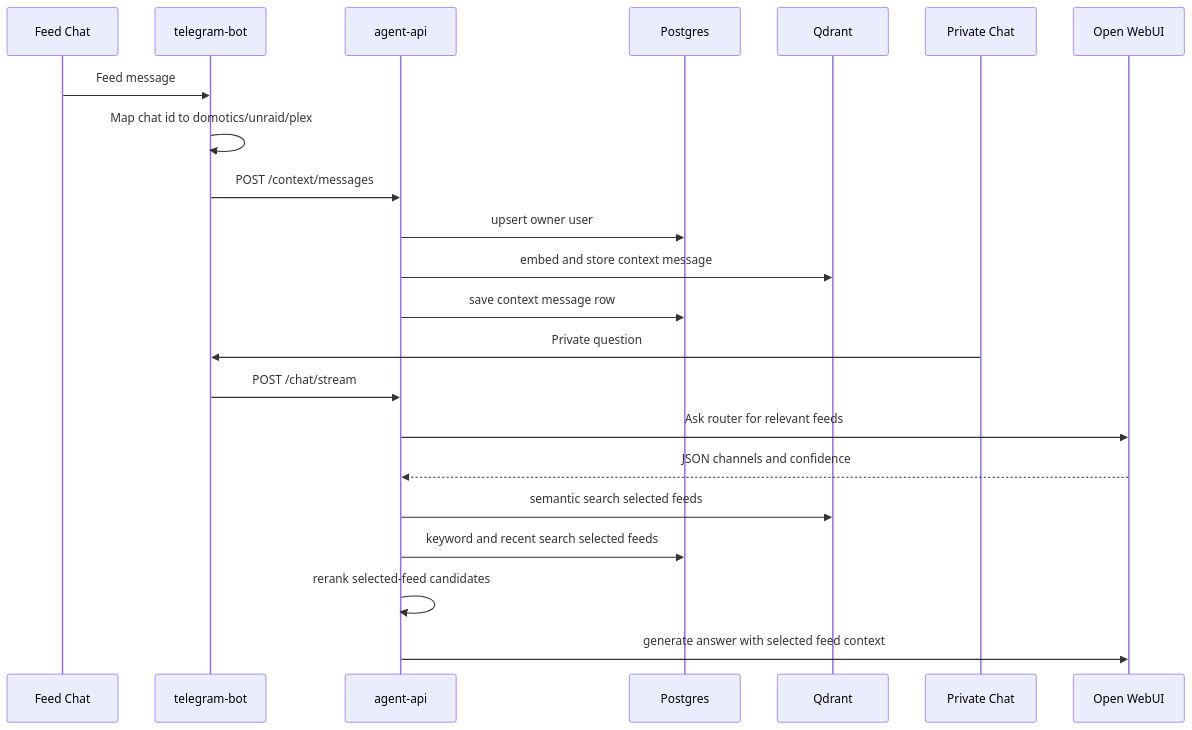
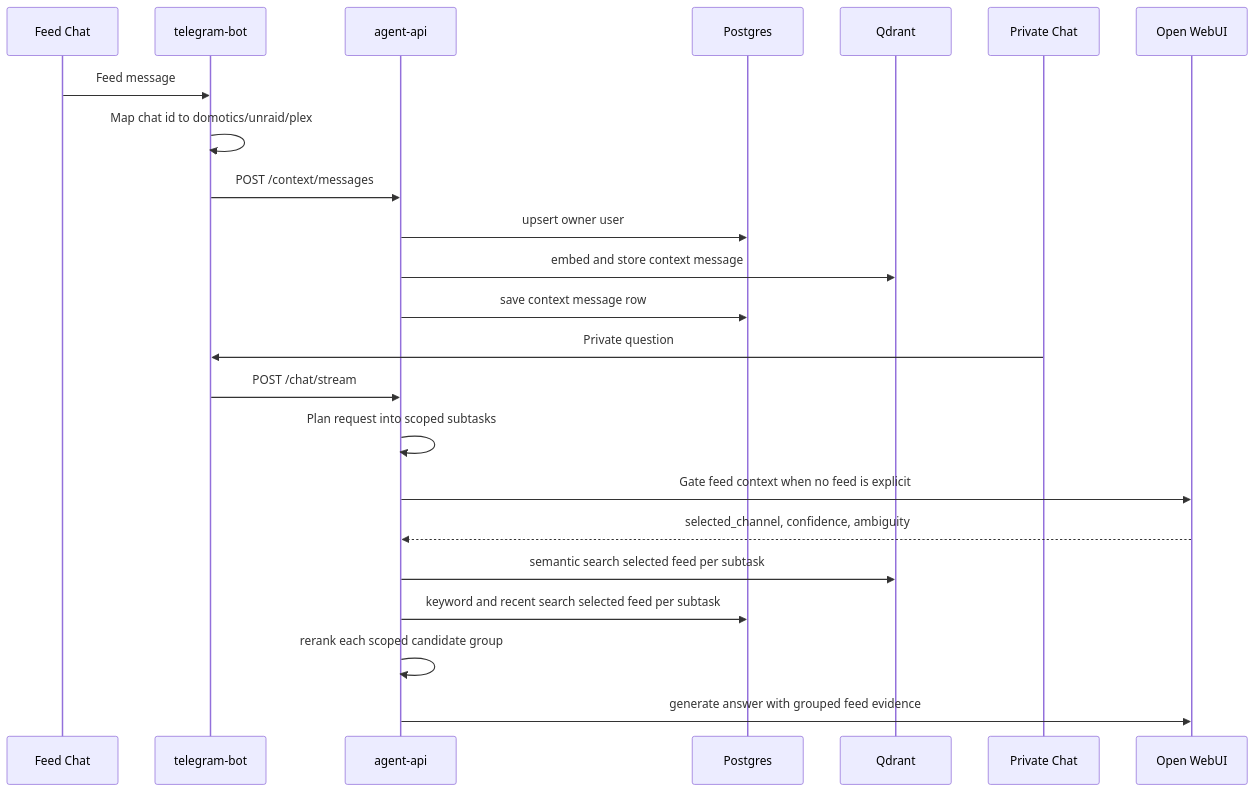
Before and after one commit to AlessiOrl/Codee_agent: the fifth of 5 diagrams in IMPLEMENTATION.md, drawn with Mermaid. The commit also changed other lines of this file and 8 other files, not shown here.

Commit message:
feat: add external fact web search configuration and context gate settings + real agentic behaviour v3

````diff
--- a/IMPLEMENTATION.md
+++ b/IMPLEMENTATION.md
@@ -269,26 +336,27 @@
 ```mermaid
 sequenceDiagram
     participant F as Feed Chat
     participant B as telegram-bot
     participant A as agent-api
     participant P as Postgres
     participant Q as Qdrant
     participant U as Private Chat
     participant O as Open WebUI
 
     F->>B: Feed message
     B->>B: Map chat id to domotics/unraid/plex
     B->>A: POST /context/messages
     A->>P: upsert owner user
     A->>Q: embed and store context message
     A->>P: save context message row
 
     U->>B: Private question
     B->>A: POST /chat/stream
-    A->>O: Ask router for relevant feeds
-    O-->>A: JSON channels and confidence
-    A->>Q: semantic search selected feeds
-    A->>P: keyword and recent search selected feeds
-    A->>A: rerank selected-feed candidates
-    A->>O: generate answer with selected feed context
+    A->>A: Plan request into scoped subtasks
+    A->>O: Gate feed context when no feed is explicit
+    O-->>A: selected_channel, confidence, ambiguity
+    A->>Q: semantic search selected feed per subtask
+    A->>P: keyword and recent search selected feed per subtask
+    A->>A: rerank each scoped candidate group
+    A->>O: generate answer with grouped feed evidence
 ```
````
